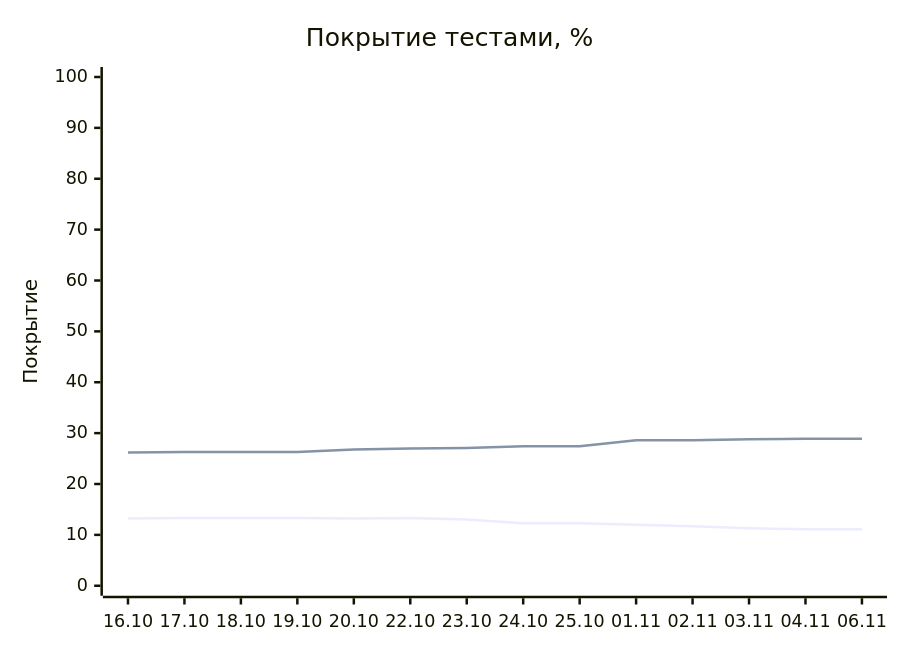
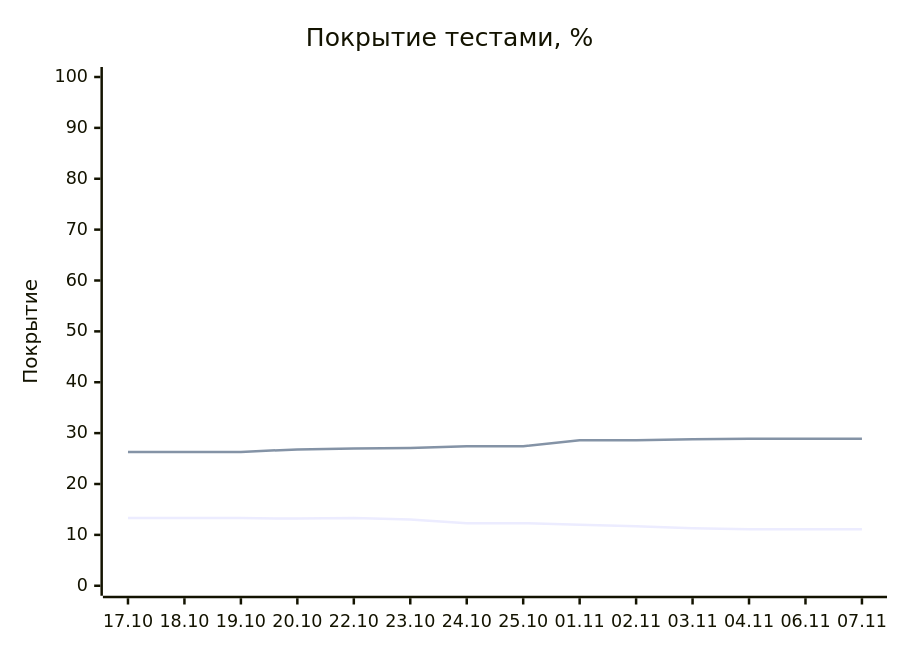
The diagram in README.md (EvgeniBondarev/coverage-report), drawn with Mermaid before and after one commit. The commit also changed other lines of this file and 3361 other files, not shown here.

````diff
--- a/README.md
+++ b/README.md
@@ -19,8 +19,8 @@
 ```mermaid
 xychart-beta
     title "Покрытие тестами, %"
-    x-axis ["16.10", "17.10", "18.10", "19.10", "20.10", "22.10", "23.10", "24.10", "25.10", "01.11", "02.11", "03.11", "04.11", "06.11"]
+    x-axis ["17.10", "18.10", "19.10", "20.10", "22.10", "23.10", "24.10", "25.10", "01.11", "02.11", "03.11", "04.11", "06.11", "07.11"]
     y-axis "Покрытие" 0 --> 100
-    line [13.2, 13.3, 13.3, 13.3, 13.2, 13.3, 13, 12.3, 12.3, 12, 11.7, 11.3, 11.1, 11.1]
-    line [26.2, 26.3, 26.3, 26.3, 26.8, 27, 27.1, 27.4, 27.4, 28.6, 28.6, 28.8, 28.9, 28.9]
+    line [13.3, 13.3, 13.3, 13.2, 13.3, 13, 12.3, 12.3, 12, 11.7, 11.3, 11.1, 11.1, 11.1]
+    line [26.3, 26.3, 26.3, 26.8, 27, 27.1, 27.4, 27.4, 28.6, 28.6, 28.8, 28.9, 28.9, 28.9]
 ```
````
